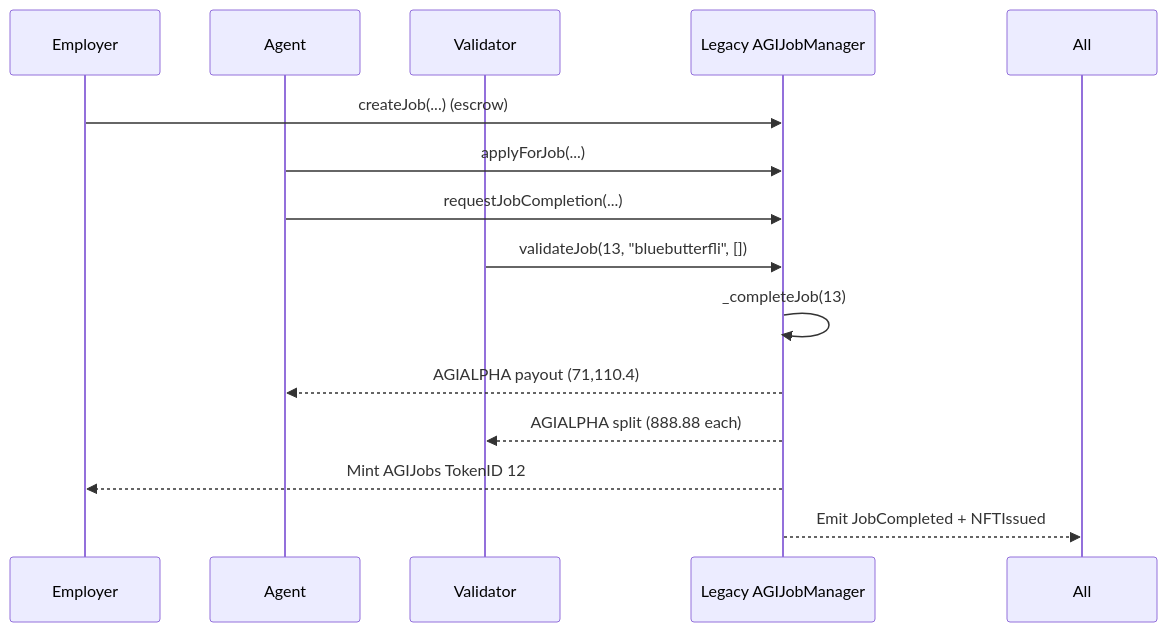
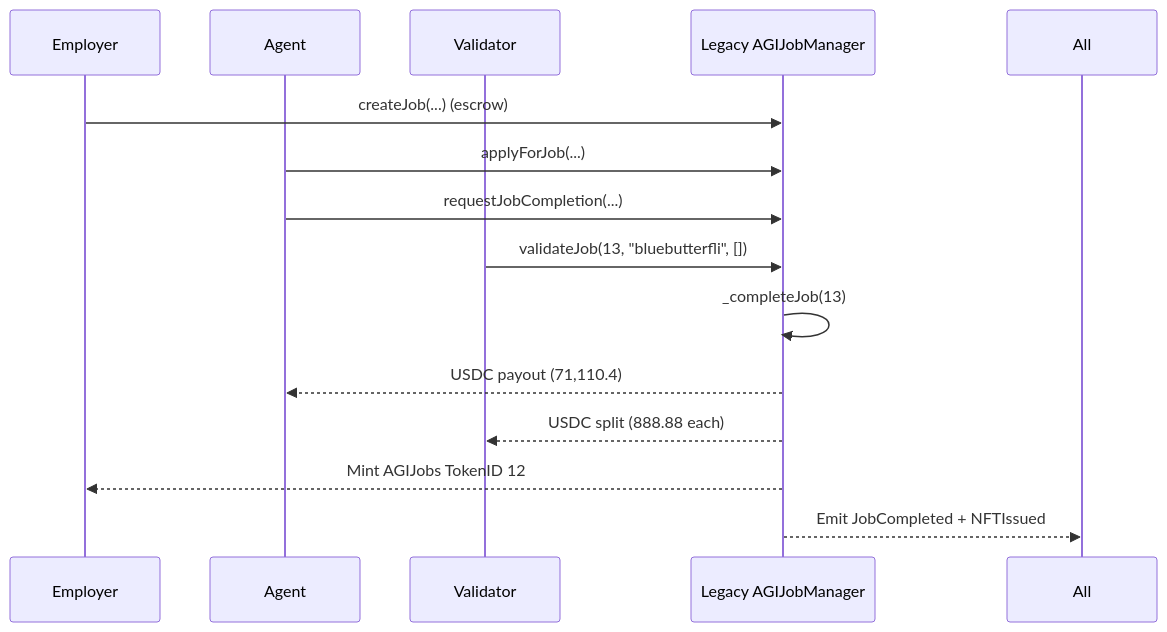
Before and after one commit to MontrealAI/AGIJobManager: the first of 2 diagrams in docs/case-studies/LEGACY_AGI_JOB_12_VS_NEW.md, drawn with Mermaid. The commit also changed other lines of this file and 251 other files, not shown here.

````diff
--- a/docs/case-studies/LEGACY_AGI_JOB_12_VS_NEW.md
+++ b/docs/case-studies/LEGACY_AGI_JOB_12_VS_NEW.md
@@ -153,17 +153,17 @@
 ```mermaid
 sequenceDiagram
     participant Employer
     participant Agent
     participant Validator
     participant Legacy as Legacy AGIJobManager
 
     Employer->>Legacy: createJob(...) (escrow)
     Agent->>Legacy: applyForJob(...)
     Agent->>Legacy: requestJobCompletion(...)
     Validator->>Legacy: validateJob(13, "bluebutterfli", [])
     Legacy->>Legacy: _completeJob(13)
-    Legacy-->>Agent: AGIALPHA payout (71,110.4)
-    Legacy-->>Validator: AGIALPHA split (888.88 each)
+    Legacy-->>Agent: USDC payout (71,110.4)
+    Legacy-->>Validator: USDC split (888.88 each)
     Legacy-->>Employer: Mint AGIJobs TokenID 12
     Legacy-->>All: Emit JobCompleted + NFTIssued
 ```
````
